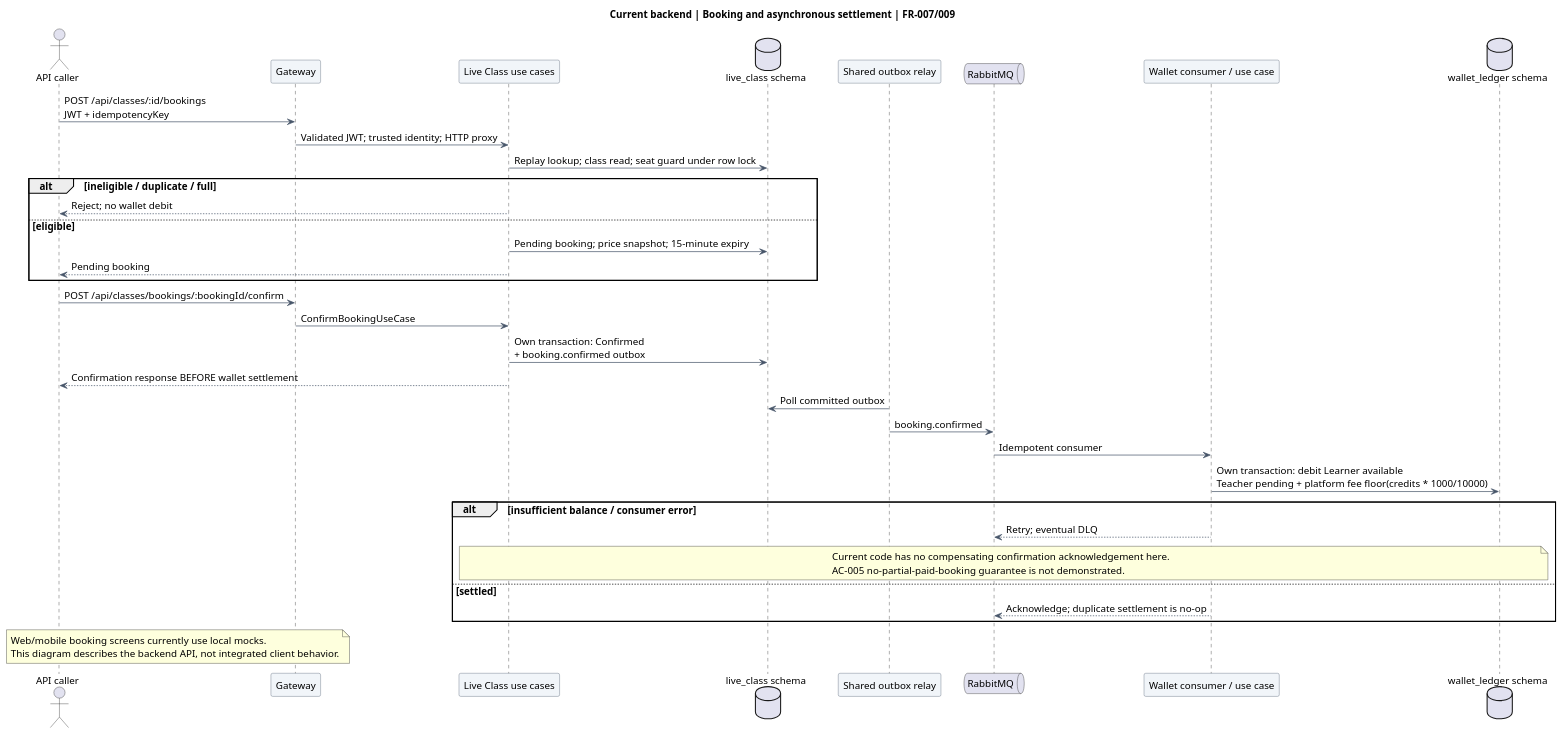
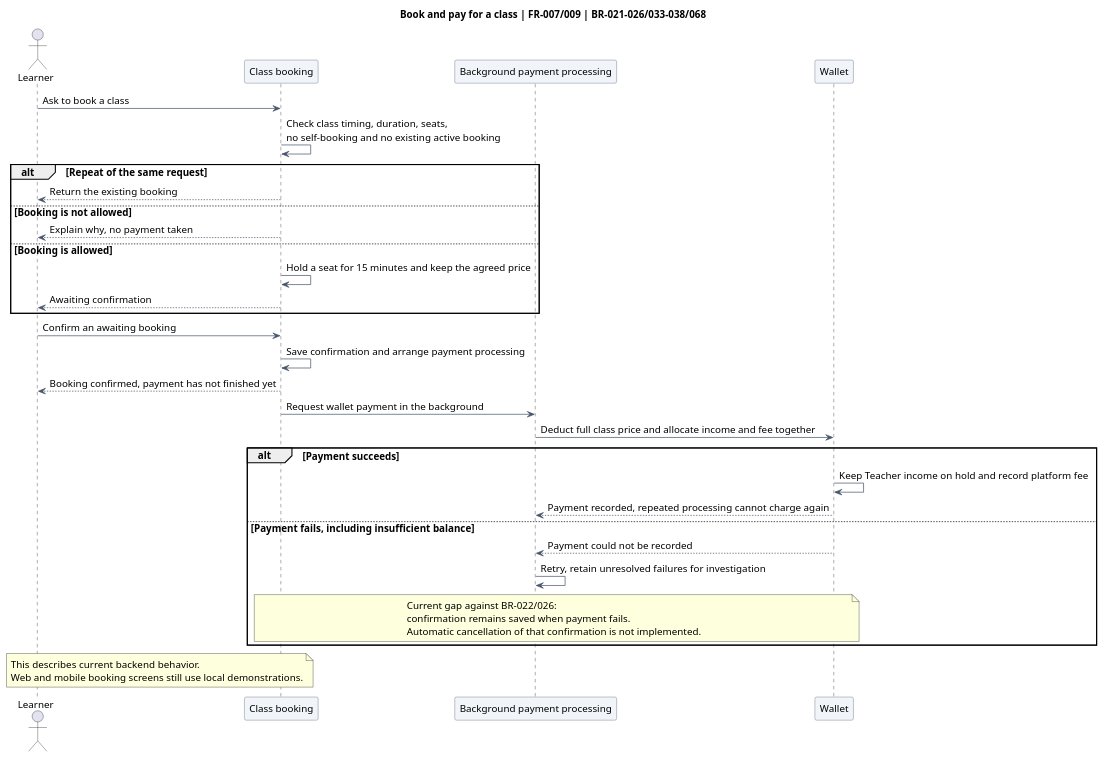
The diagram in docs/diagrams/checkpoint/source/sequence-booking.puml (trankien022/SkillSwap), drawn with PlantUML before and after one commit. The commit also changed 62 other files, not shown here.

First line of the commit message:
docs(diagrams): refresh diagrams against current code (#77)

```diff
--- a/docs/diagrams/checkpoint/source/sequence-booking.puml
+++ b/docs/diagrams/checkpoint/source/sequence-booking.puml
@@ -1,49 +1,46 @@
 @startuml
-title Current backend | Booking and asynchronous settlement | FR-007/009
+title Book and pay for a class | FR-007/009 | BR-021–026/033–038/068
 skinparam backgroundColor #FFFFFF
 skinparam shadowing false
 skinparam defaultFontName Arial
 skinparam defaultFontSize 14
 skinparam ArrowColor #475569
+skinparam activityBackgroundColor #F1F5F9
+skinparam activityBorderColor #475569
 skinparam sequenceParticipantBackgroundColor #F1F5F9
 skinparam sequenceParticipantBorderColor #475569
-skinparam activityBackgroundColor #F1F5F9
-skinparam activityBorderColor #475569
 skinparam stateBackgroundColor #F1F5F9
 skinparam stateBorderColor #475569
-actor "API caller" as U
-participant Gateway as G
-participant "Live Class use cases" as C
-database "live_class schema" as D
-participant "Shared outbox relay" as E
-queue RabbitMQ as Q
-participant "Wallet consumer / use case" as W
-database "wallet_ledger schema" as WD
-U -> G: POST /api/classes/:id/bookings\nJWT + idempotencyKey
-G -> C: Validated JWT; trusted identity; HTTP proxy
-C -> D: Replay lookup; class read; seat guard under row lock
-alt ineligible / duplicate / full
- C --> U: Reject; no wallet debit
-else eligible
- C -> D: Pending booking; price snapshot; 15-minute expiry
- C --> U: Pending booking
+actor Learner as L
+participant "Class booking" as C
+participant "Background payment processing" as P
+participant Wallet as W
+L -> C: Ask to book a class
+C -> C: Check class timing, duration, seats,\nno self-booking and no existing active booking
+alt Repeat of the same request
+ C --> L: Return the existing booking
+else Booking is not allowed
+ C --> L: Explain why, no payment taken
+else Booking is allowed
+ C -> C: Hold a seat for 15 minutes and keep the agreed price
+ C --> L: Awaiting confirmation
 end
-U -> G: POST /api/classes/bookings/:bookingId/confirm
-G -> C: ConfirmBookingUseCase
-C -> D: Own transaction: Confirmed\n+ booking.confirmed outbox
-C --> U: Confirmation response BEFORE wallet settlement
-E -> D: Poll committed outbox
-E -> Q: booking.confirmed
-Q -> W: Idempotent consumer
-W -> WD: Own transaction: debit Learner available\nTeacher pending + platform fee floor(credits * 1000/10000)
-alt insufficient balance / consumer error
- W --> Q: Retry; eventual DLQ
- note over C,WD
- Current code has no compensating confirmation acknowledgement here.
- AC-005 no-partial-paid-booking guarantee is not demonstrated.
+L -> C: Confirm an awaiting booking
+C -> C: Save confirmation and arrange payment processing
+C --> L: Booking confirmed, payment has not finished yet
+C -> P: Request wallet payment in the background
+P -> W: Deduct full class price and allocate income and fee together
+alt Payment succeeds
+ W -> W: Keep Teacher income on hold and record platform fee
+ W --> P: Payment recorded, repeated processing cannot charge again
+else Payment fails, including insufficient balance
+ W --> P: Payment could not be recorded
+ P -> P: Retry, retain unresolved failures for investigation
+ note over C,W
+ Current gap against BR-022/026:
+ confirmation remains saved when payment fails.
+ Automatic cancellation of that confirmation is not implemented.
  end note
-else settled
- W --> Q: Acknowledge; duplicate settlement is no-op
 end
-note over U,G: Web/mobile booking screens currently use local mocks.\nThis diagram describes the backend API, not integrated client behavior.
+note over L,C: This describes current backend behavior.\nWeb and mobile booking screens still use local demonstrations.
 @enduml
```
